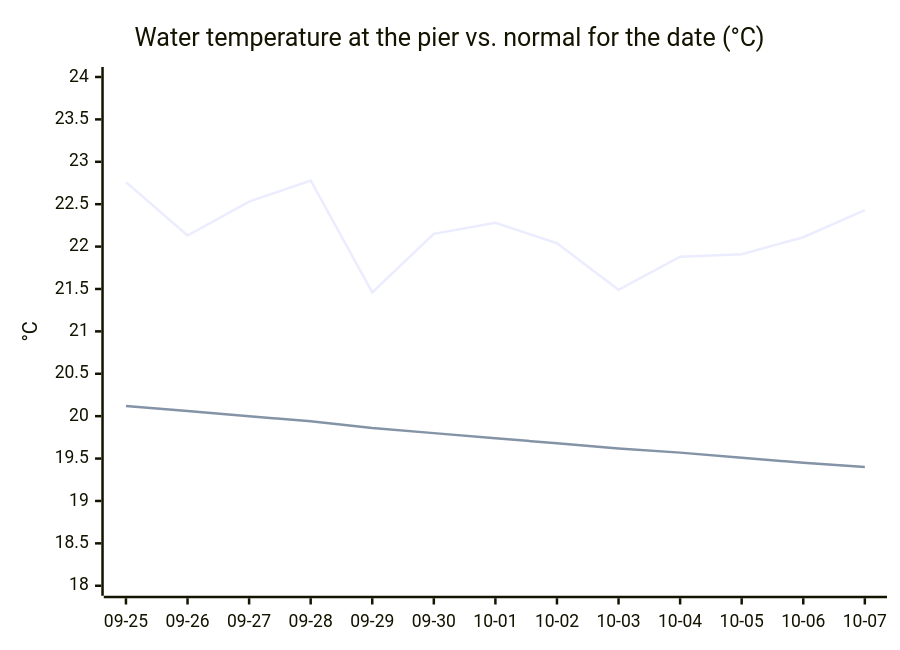
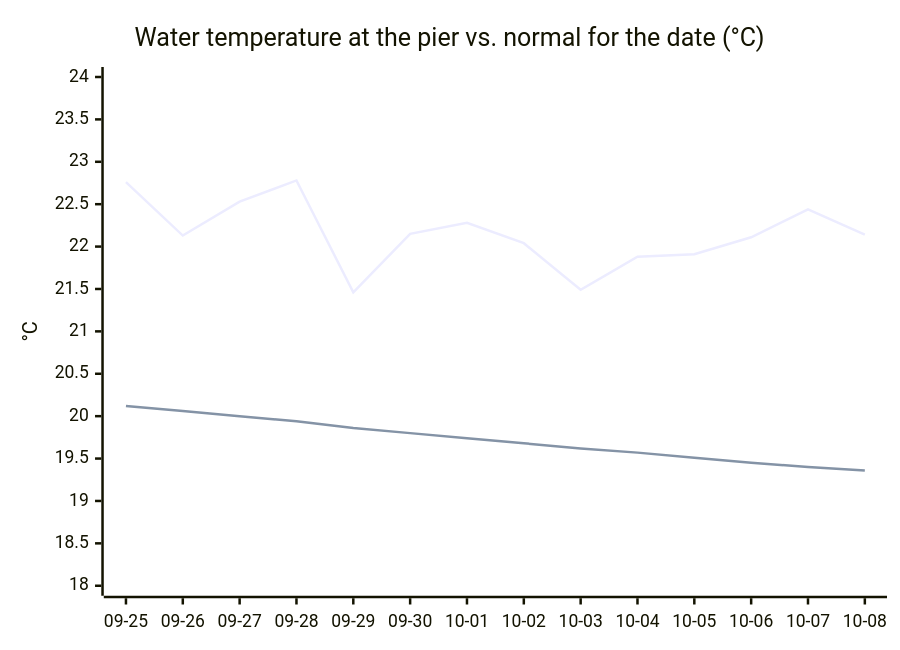
Before and after one commit to joshuafrommeyer-35/PierTracker: the third of 3 diagrams in README.md, drawn with Mermaid. The commit also changed other lines of this file and 5 other files, not shown here.

````diff
--- a/README.md
+++ b/README.md
@@ -160,8 +160,8 @@
 ```mermaid
 xychart-beta
     title "Water temperature at the pier vs. normal for the date (°C)"
-    x-axis ["09-25", "09-26", "09-27", "09-28", "09-29", "09-30", "10-01", "10-02", "10-03", "10-04", "10-05", "10-06", "10-07"]
+    x-axis ["09-25", "09-26", "09-27", "09-28", "09-29", "09-30", "10-01", "10-02", "10-03", "10-04", "10-05", "10-06", "10-07", "10-08"]
     y-axis "°C" 18 --> 24
-    line [22.76, 22.13, 22.53, 22.78, 21.46, 22.15, 22.28, 22.04, 21.49, 21.88, 21.91, 22.11, 22.43]
-    line [20.12, 20.06, 20.0, 19.94, 19.86, 19.8, 19.74, 19.68, 19.62, 19.57, 19.51, 19.45, 19.4]
+    line [22.76, 22.13, 22.53, 22.78, 21.46, 22.15, 22.28, 22.04, 21.49, 21.88, 21.91, 22.11, 22.44, 22.14]
+    line [20.12, 20.06, 20.0, 19.94, 19.86, 19.8, 19.74, 19.68, 19.62, 19.57, 19.51, 19.45, 19.4, 19.36]
 ```
````
